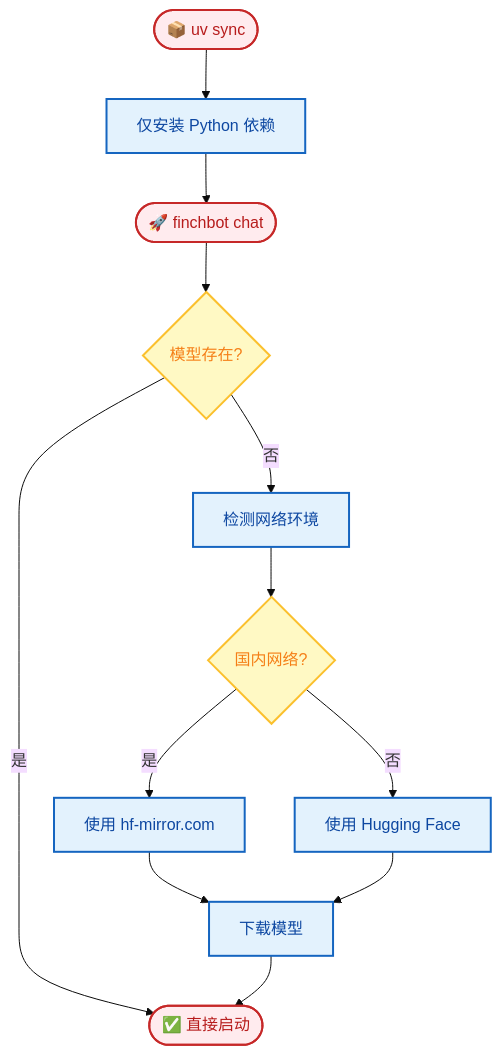
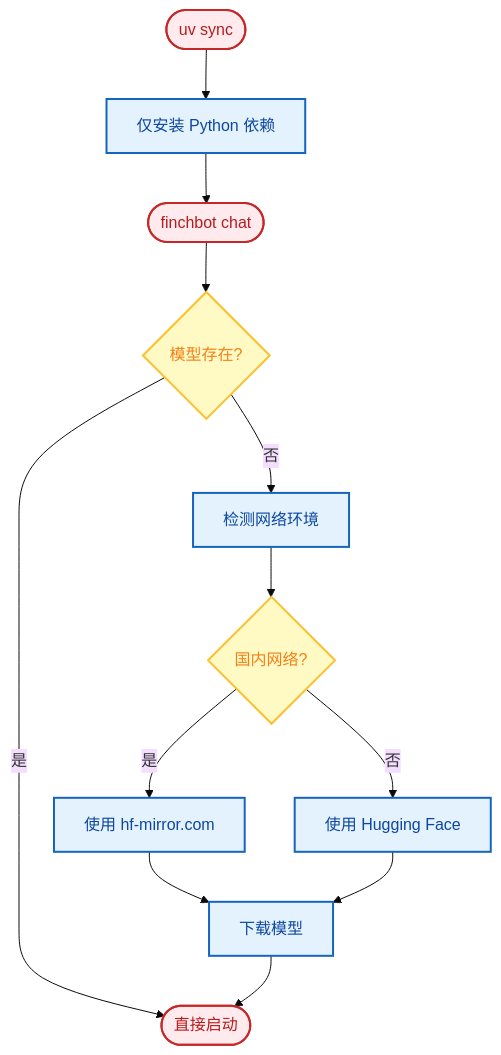
The third of 3 diagrams in docs/zh-CN/development.md (xt765/FinchBot), drawn with Mermaid (base theme) before and after one commit. The commit also changed other lines of this file and 18 other files, not shown here.

First line of the commit message:
docs: 简化架构图并删除所有mermaid图中的表情包

````diff
--- a/docs/zh-CN/development.md
+++ b/docs/zh-CN/development.md
@@ -243,19 +241,18 @@
 ```mermaid
 flowchart TD
-    %% 样式定义
     classDef startEnd fill:#ffebee,stroke:#c62828,stroke-width:2px,color:#b71c1c;
     classDef process fill:#e3f2fd,stroke:#1565c0,stroke-width:2px,color:#0d47a1;
     classDef decision fill:#fff9c4,stroke:#fbc02d,stroke-width:2px,color:#f57f17;
 
-    A([📦 uv sync]):::startEnd --> B[仅安装 Python 依赖]:::process
-    B --> C([🚀 finchbot chat]):::startEnd
+    A([uv sync]):::startEnd --> B[仅安装 Python 依赖]:::process
+    B --> C([finchbot chat]):::startEnd
     C --> D{模型存在?}:::decision
-    D -->|是| E([✅ 直接启动]):::startEnd
+    D -->|是| E([直接启动]):::startEnd
     D -->|否| F[检测网络环境]:::process
     F --> G{国内网络?}:::decision
     G -->|是| H[使用 hf-mirror.com]:::process
     G -->|否| I[使用 Hugging Face]:::process
     H --> J[下载模型]:::process
     I --> J
     J --> E
 ```
````
